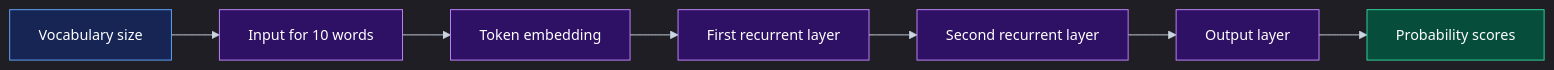
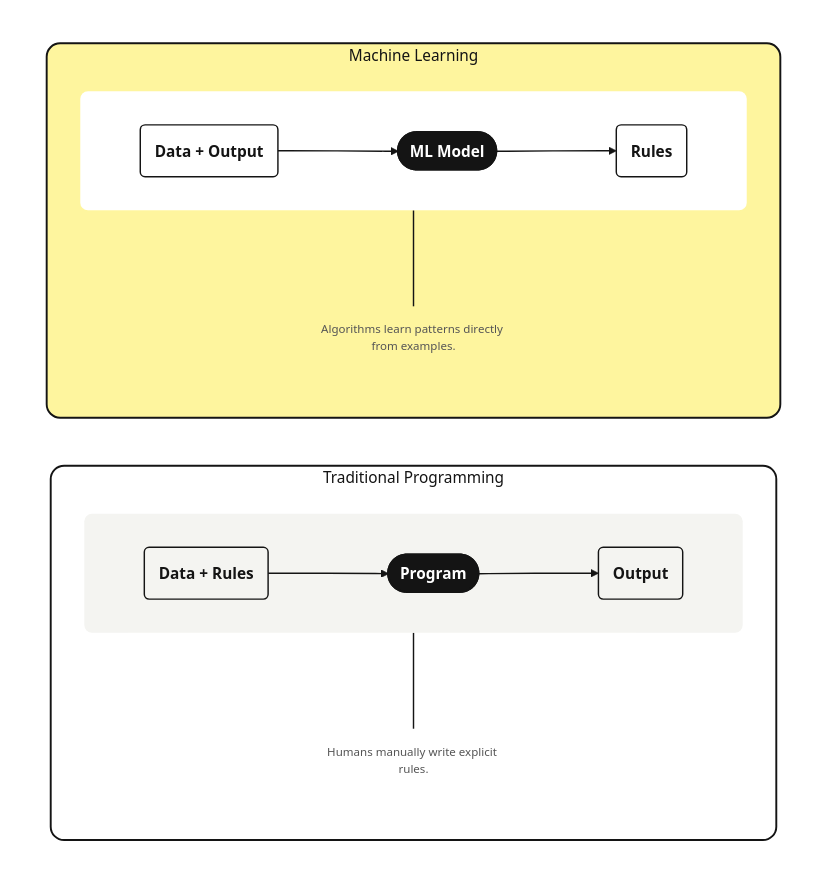
One commit to yasasbanukaofficial/next-token-gen-model changed the first of 2 diagrams in README.md. Above: the diagram before and after it, drawn with Mermaid. The commit also changed other lines of this file and 1 other file, not shown here.

Commit message:
docs: add penguins image and refresh diagram palettes

````diff
--- a/README.md
+++ b/README.md
@@ -79,18 +65,48 @@
 ```mermaid
-%%{init: {"theme": "dark", "themeVariables": {"background": "#0b1220", "primaryColor": "#1e293b", "primaryTextColor": "#ffffff", "primaryBorderColor": "#64748b", "textColor": "#ffffff", "lineColor": "#cbd5e1", "fontSize": "15px", "edgeLabelBackground": "#0b1220"}}}%%
-flowchart LR
-    A["Vocabulary size"] --> B["Input for 10 words"]
-    B --> C["Token embedding"]
-    C --> D["First recurrent layer"]
-    D --> E["Second recurrent layer"]
-    E --> F["Output layer"]
-    F --> G["Probability scores"]
+%%{init: {"theme": "base", "themeVariables": {"background": "#F4F4F1", "primaryColor": "#FFFFFF", "primaryTextColor": "#141414", "primaryBorderColor": "#141414", "lineColor": "#141414", "textColor": "#141414", "fontSize": "14px", "fontFamily": "Inter, system-ui, -apple-system, BlinkMacSystemFont, 'Segoe UI', Roboto, sans-serif"}}}%%
+flowchart TB
+    subgraph cards[" "]
+        direction LR
 
-    classDef source fill:#172554,stroke:#60a5fa,color:#ffffff;
-    classDef process fill:#2e1065,stroke:#c084fc,color:#ffffff;
-    classDef result fill:#064e3b,stroke:#34d399,color:#ffffff;
+        subgraph trad["Traditional Programming"]
+            direction TB
+            subgraph trad_flow[" "]
+                direction LR
+                T1("Data + Rules") --> T2(["Program"]) --> T3("Output")
+            end
+            trad_desc["Humans manually write explicit rules."]
+            T2 ~~~ trad_desc
+        end
 
-    class A source;
-    class B,C,D,E,F process;
-    class G result;
+        subgraph ml["Machine Learning"]
+            direction TB
+            subgraph ml_flow[" "]
+                direction LR
+                M1("Data + Output") --> M2(["ML Model"]) --> M3("Rules")
+            end
+            ml_desc["Algorithms learn patterns directly from examples."]
+            M2 ~~~ ml_desc
+        end
+    end
+
+    style cards fill:none,stroke:none;
+    style trad fill:#FFFFFF,stroke:#141414,stroke-width:2px,rx:14,ry:14,color:#141414;
+    style trad_flow fill:#F4F4F1,stroke:none,rx:8,ry:8;
+    style ml fill:#FEF59E,stroke:#141414,stroke-width:2px,rx:14,ry:14,color:#141414;
+    style ml_flow fill:#FFFFFF,stroke:none,rx:8,ry:8;
+
+    classDef itemTrad fill:#F4F4F1,stroke:#141414,stroke-width:1.5px,color:#141414,font-weight:600;
+    classDef itemML fill:#FFFFFF,stroke:#141414,stroke-width:1.5px,color:#141414,font-weight:600;
+    classDef badge fill:#141414,stroke:#141414,stroke-width:2px,color:#FFFFFF,font-weight:bold;
+    classDef note fill:none,stroke:none,color:#555555,font-size:12px;
+
+    class T1,T3 itemTrad;
+    class T2 badge;
+    class trad_desc note;
+
+    class M1,M3 itemML;
+    class M2 badge;
+    class ml_desc note;
+
+    linkStyle default stroke:#141414,stroke-width:1.5px;
 ```
````
